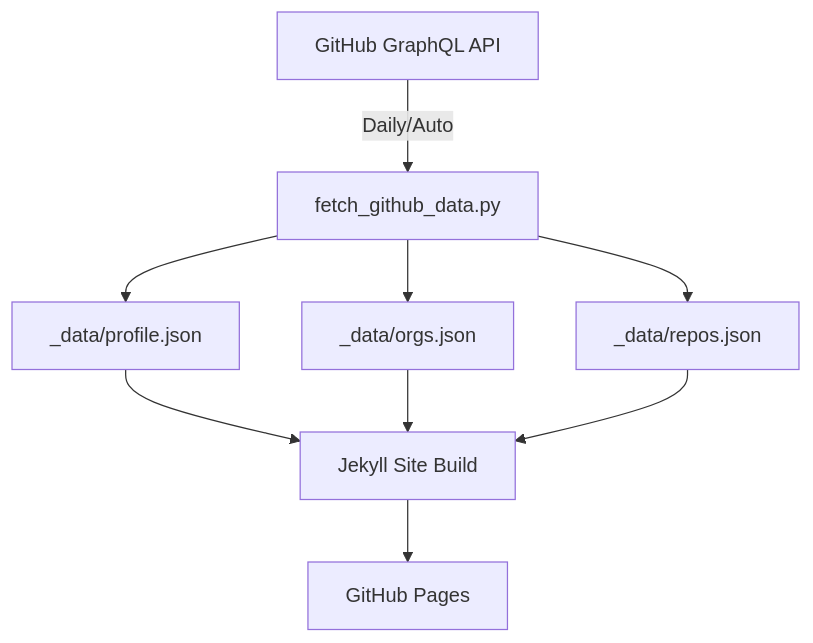
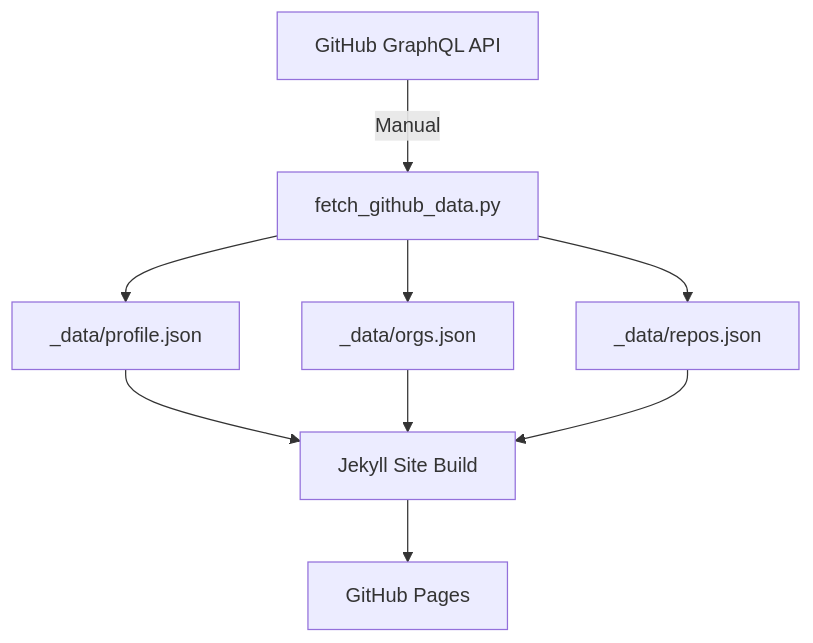
One commit to viktorpm/viktorpm.github.io changed the diagram in README.md. Above: the diagram before and after it, drawn with Mermaid. The commit also changed other lines of this file, not shown here.

````diff
--- a/README.md
+++ b/README.md
@@ -26,11 +26,11 @@
 ```mermaid
 graph TD
-    A[GitHub GraphQL API] -->|Daily/Auto| B[fetch_github_data.py]
+    A[GitHub GraphQL API] -->|Manual| B[fetch_github_data.py]
     B --> C[_data/profile.json]
     B --> D[_data/orgs.json]
     B --> E[_data/repos.json]
     C --> F[Jekyll Site Build]
     D --> F
     E --> F
     F --> G[GitHub Pages]
 ```
````
